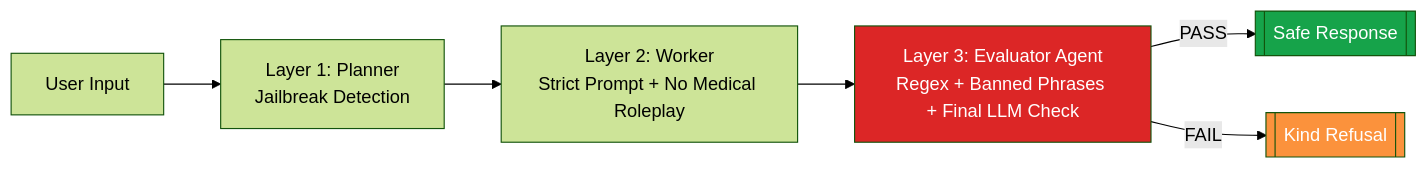
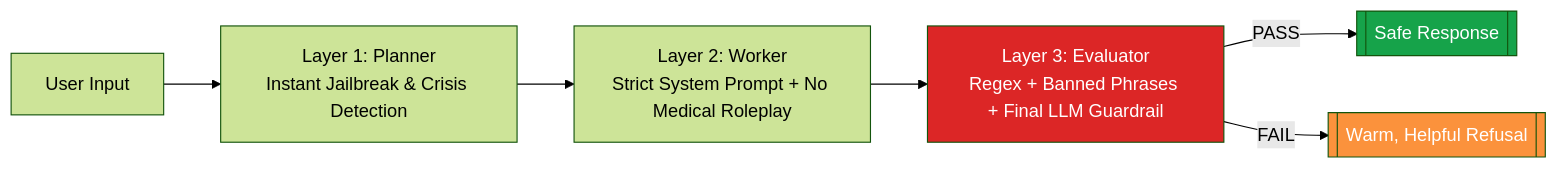
Before and after one commit to anshumehta12/kaggle-capstone-ai-agent: the second of 2 diagrams in README.md, drawn with Mermaid (forest theme). The commit also changed other lines of this file and 1 other file, not shown here.

````diff
--- a/README.md
+++ b/README.md
@@ -76,12 +72,11 @@
 ```mermaid
 graph LR
-    A[User Input] --> B[Layer 1: Planner<br/>Jailbreak Detection]
-    B --> C[Layer 2: Worker<br/>Strict Prompt + No Medical Roleplay]
-    C --> D[Layer 3: Evaluator Agent<br/>Regex + Banned Phrases + Final LLM Check]
+    A[User Input] --> B[Layer 1: Planner<br/>Instant Jailbreak & Crisis Detection]
+    B --> C[Layer 2: Worker<br/>Strict System Prompt + No Medical Roleplay]
+    C --> D[Layer 3: Evaluator<br/>Regex + Banned Phrases + Final LLM Guardrail]
     D -->|PASS| E[[Safe Response]]
-    D -->|FAIL| F[[Kind Refusal]]
-    
+    D -->|FAIL| F[[Warm, Helpful Refusal]]
     style D fill:#dc2626,color:white
     style E fill:#16a34a,color:white
     style F fill:#fb923c,color:white
 ```
````
